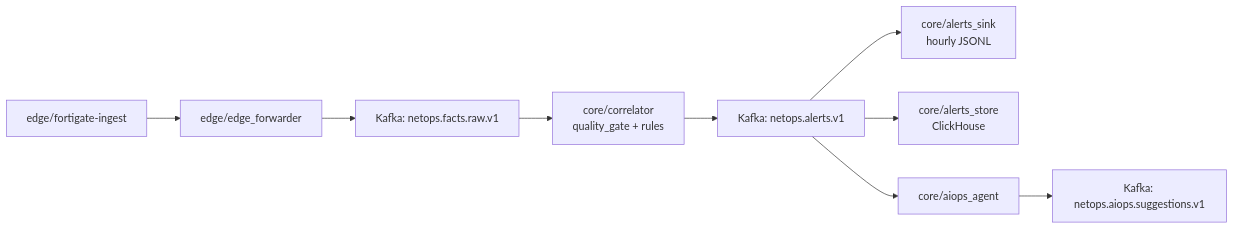
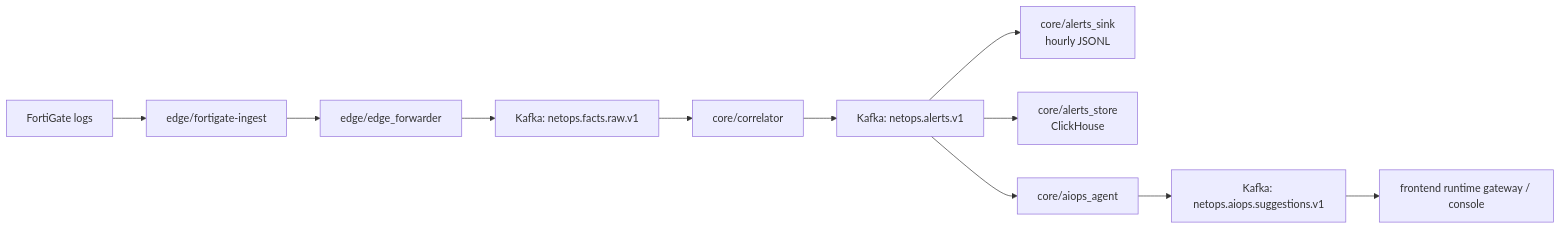
One commit to Epochex/Netops-Hybird-AIOps-Platform changed the first of 3 diagrams in README.md. Above: the diagram before and after it, drawn with Mermaid. The commit also changed other lines of this file, not shown here.

Commit message:
Refocus README on backend flow and dual-path AIOps

````diff
--- a/README.md
+++ b/README.md
@@ -51,11 +45,13 @@
 ```mermaid
 flowchart LR
-  A[edge/fortigate-ingest] --> B[edge/edge_forwarder]
-  B --> C[Kafka: netops.facts.raw.v1]
-  C --> D[core/correlator<br/>quality_gate + rules]
-  D --> E[Kafka: netops.alerts.v1]
-  E --> F[core/alerts_sink<br/>hourly JSONL]
-  E --> G[core/alerts_store<br/>ClickHouse]
-  E --> H[core/aiops_agent]
-  H --> I[Kafka: netops.aiops.suggestions.v1]
+  A[FortiGate logs] --> B[edge/fortigate-ingest]
+  B --> C[edge/edge_forwarder]
+  C --> D[Kafka: netops.facts.raw.v1]
+  D --> E[core/correlator]
+  E --> F[Kafka: netops.alerts.v1]
+  F --> G[core/alerts_sink<br/>hourly JSONL]
+  F --> H[core/alerts_store<br/>ClickHouse]
+  F --> I[core/aiops_agent]
+  I --> J[Kafka: netops.aiops.suggestions.v1]
+  J --> K[frontend runtime gateway / console]
 ```
````
